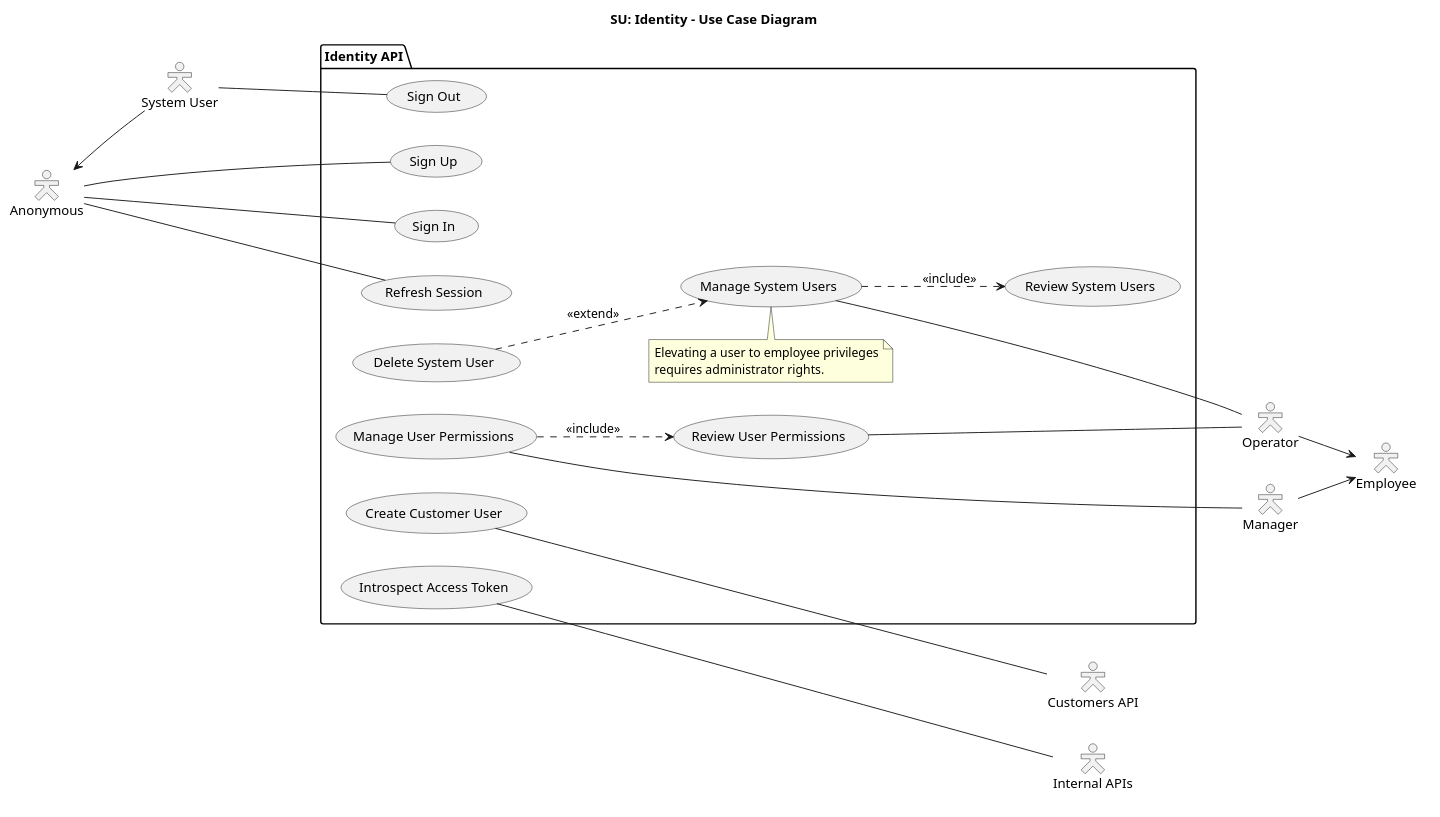
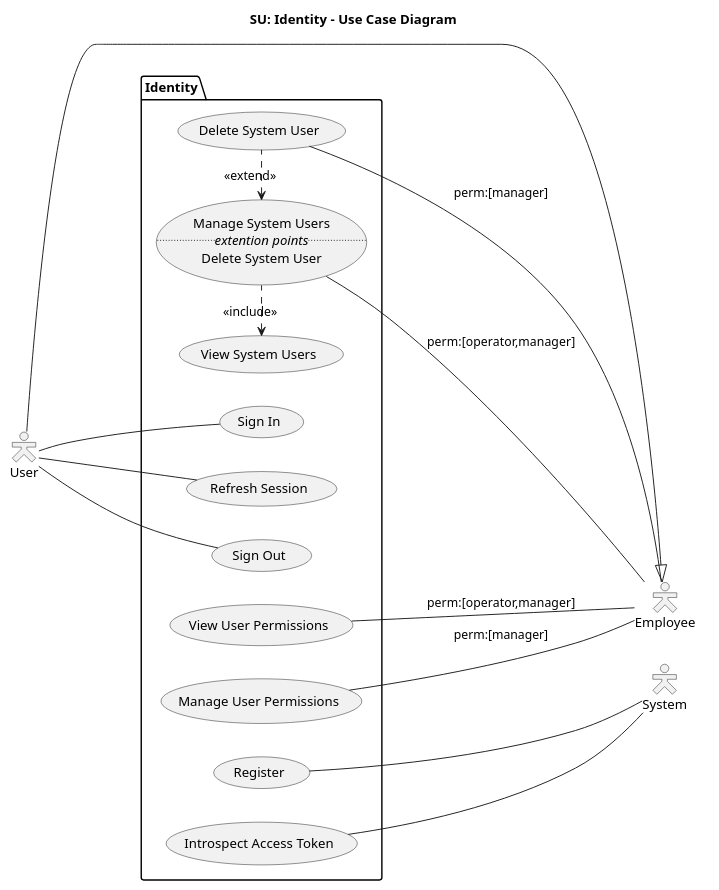
Before and after one commit to draganovik/matterway: the diagram in docs/SU Identity - Use Case Diagram.puml, drawn with PlantUML. The commit also changed 3 other files, not shown here.

First line of the commit message:
Refactor use-case diagrams and actors

```diff
--- a/docs/SU Identity - Use Case Diagram.puml
+++ b/docs/SU Identity - Use Case Diagram.puml
@@ -1,60 +1,48 @@
 @startuml SUIdentityUseCaseDiagram
 title SU: Identity - Use Case Diagram
 left to right direction
 skinparam shadowing false
 skinparam actorStyle hollow
 
-actor :Anonymous: as anon
-actor :System User: as sysUser
-anon <-- sysUser
+actor user as "User"
 
 rectangle #line:transparent {
-  actor :Employee: as empl
-  actor :Manager: as mngr
-  actor :Operator: as oprt
-}
-oprt --> empl
-mngr --> empl
-
-rectangle #line:transparent {
-  actor "Customers API" as customersApi
-  actor "Internal APIs" as internalApis
+  actor empl as "Employee"
+  actor sysm as "System"
 }
 
-package "Identity API" {
-  usecase "Sign Up" as signUp
-  usecase "Sign In" as signIn
-  usecase "Refresh Session" as refreshSession
-  usecase "Sign Out" as signOut
+user --|> empl
 
-  usecase "Review System Users" as reviewSystemUsers
-  usecase "Manage System Users" as manageSystemUsers
-  usecase "Delete System User" as deleteSystemUser
-  usecase "Review User Permissions" as reviewUserPermissions
-  usecase "Manage User Permissions" as manageUserPermissions
+package "Identity" {
+  left to right direction
+  usecase signIn as "Sign In"
+  usecase refreshSession as "Refresh Session"
+  usecase signOut as "Sign Out"
 
-  usecase "Create Customer User" as createCustomerUser
-  usecase "Introspect Access Token" as introspectAccessToken
+  usecase viewSystemUsers as "View System Users"
+  usecase manageSystemUsers as "Manage System Users
+                                ..<i>extention points</i>..
+                                Delete System User"
+  usecase deleteSystemUser as "Delete System User"
+  usecase viewUserPermissions as "View User Permissions"
+  usecase manageUserPermissions as "Manage User Permissions"
 
-  note top of manageSystemUsers
-    Elevating a user to employee privileges
-    requires administrator rights.
-  end note
+  usecase register as "Register"
+  usecase introspectAccessToken as "Introspect Access Token"
 
-  manageSystemUsers ..> reviewSystemUsers : <<include>>
-  deleteSystemUser ..> manageSystemUsers : <<extend>>
-  manageUserPermissions ..> reviewUserPermissions : <<include>>
+  manageSystemUsers .left.> viewSystemUsers : <<include>>
+  deleteSystemUser .left.> manageSystemUsers : <<extend>>
 }
 
-anon --- signUp
-anon --- signIn
-anon --- refreshSession
-sysUser --- signOut
+user --- signIn
+user --- refreshSession
+user --- signOut
 
-manageSystemUsers --- oprt
-reviewUserPermissions --- oprt
-manageUserPermissions --- mngr
+manageSystemUsers --- empl : perm:[operator,manager]
+viewUserPermissions --- empl : perm:[operator,manager]
+manageUserPermissions --- empl : perm:[manager]
+deleteSystemUser --- empl : perm:[manager]
 
-createCustomerUser --- customersApi
-introspectAccessToken --- internalApis
+introspectAccessToken --- sysm
+register --- sysm
 @enduml
```
